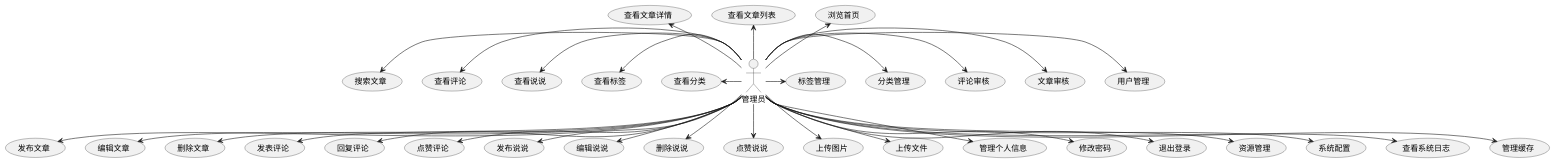
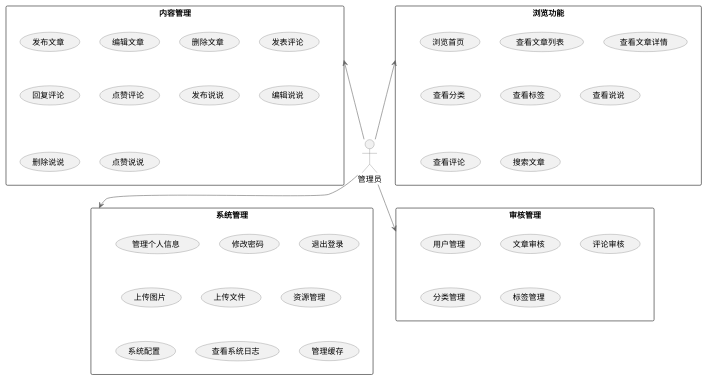
The diagram in admin_usecase.puml (yello-rush/-springvue-), drawn with PlantUML before and after one commit. The commit also changed 2 other files, not shown here.

```diff
--- a/admin_usecase.puml
+++ b/admin_usecase.puml
@@ -1,90 +1,72 @@
 @startuml
 
 ' 管理员功能用例图
 
 skinparam backgroundColor white
 skinparam handwritten false
 skinparam shadowing false
 skinparam packageStyle rectangle
+skinparam arrowColor #666666
+skinparam usecaseBorderColor #666666
+skinparam actorBorderColor #666666
 
 ' 角色居中
 actor "管理员" as Admin
 
-' 功能模块围绕四周 - 上方
-usecase "浏览首页" as BrowseHome
-usecase "查看文章列表" as ViewArticleList
-usecase "查看文章详情" as ViewArticleDetail
+' 功能模块围绕四周 - 使用包组织相关功能
 
-' 功能模块围绕四周 - 左侧
-usecase "查看分类" as ViewCategories
-usecase "查看标签" as ViewTags
-usecase "查看说说" as ViewMoments
-usecase "查看评论" as ViewComments
-usecase "搜索文章" as SearchArticles
+' 上方：浏览功能
+package "浏览功能" {
+    usecase "浏览首页" as BrowseHome
+    usecase "查看文章列表" as ViewArticleList
+    usecase "查看文章详情" as ViewArticleDetail
+    usecase "查看分类" as ViewCategories
+    usecase "查看标签" as ViewTags
+    usecase "查看说说" as ViewMoments
+    usecase "查看评论" as ViewComments
+    usecase "搜索文章" as SearchArticles
+}
 
-' 功能模块围绕四周 - 右侧
-usecase "用户管理" as UserManagement
-usecase "文章审核" as ArticleApproval
-usecase "评论审核" as CommentApproval
-usecase "分类管理" as CategoryManagement
-usecase "标签管理" as TagManagement
+' 左侧：内容管理
+package "内容管理" {
+    usecase "发布文章" as PublishArticle
+    usecase "编辑文章" as EditArticle
+    usecase "删除文章" as DeleteArticle
+    usecase "发表评论" as PostComment
+    usecase "回复评论" as ReplyComment
+    usecase "点赞评论" as LikeComment
+    usecase "发布说说" as PublishMoment
+    usecase "编辑说说" as EditMoment
+    usecase "删除说说" as DeleteMoment
+    usecase "点赞说说" as LikeMoment
+}
 
-' 功能模块围绕四周 - 下方
-usecase "发布文章" as PublishArticle
-usecase "编辑文章" as EditArticle
-usecase "删除文章" as DeleteArticle
-usecase "发表评论" as PostComment
-usecase "回复评论" as ReplyComment
-usecase "点赞评论" as LikeComment
-usecase "发布说说" as PublishMoment
-usecase "编辑说说" as EditMoment
-usecase "删除说说" as DeleteMoment
-usecase "点赞说说" as LikeMoment
-usecase "上传图片" as UploadImage
-usecase "上传文件" as UploadFile
-usecase "管理个人信息" as ManageProfile
-usecase "修改密码" as ChangePassword
-usecase "退出登录" as Logout
-usecase "资源管理" as ResourceManagement
-usecase "系统配置" as SystemConfig
-usecase "查看系统日志" as ViewSystemLogs
-usecase "管理缓存" as ManageCache
+' 右侧：审核管理
+package "审核管理" {
+    usecase "用户管理" as UserManagement
+    usecase "文章审核" as ArticleApproval
+    usecase "评论审核" as CommentApproval
+    usecase "分类管理" as CategoryManagement
+    usecase "标签管理" as TagManagement
+}
 
-' 连接角色与用例，使用方向箭头控制位置
-Admin -up-> BrowseHome
-Admin -up-> ViewArticleList
-Admin -up-> ViewArticleDetail
+' 下方：系统管理
+package "系统管理" {
+    usecase "管理个人信息" as ManageProfile
+    usecase "修改密码" as ChangePassword
+    usecase "退出登录" as Logout
+    usecase "上传图片" as UploadImage
+    usecase "上传文件" as UploadFile
+    usecase "资源管理" as ResourceManagement
+    usecase "系统配置" as SystemConfig
+    usecase "查看系统日志" as ViewSystemLogs
+    usecase "管理缓存" as ManageCache
+}
 
-Admin -left-> ViewCategories
-Admin -left-> ViewTags
-Admin -left-> ViewMoments
-Admin -left-> ViewComments
-Admin -left-> SearchArticles
-
-Admin -right-> UserManagement
-Admin -right-> ArticleApproval
-Admin -right-> CommentApproval
-Admin -right-> CategoryManagement
-Admin -right-> TagManagement
-
-Admin -down-> PublishArticle
-Admin -down-> EditArticle
-Admin -down-> DeleteArticle
-Admin -down-> PostComment
-Admin -down-> ReplyComment
-Admin -down-> LikeComment
-Admin -down-> PublishMoment
-Admin -down-> EditMoment
-Admin -down-> DeleteMoment
-Admin -down-> LikeMoment
-Admin -down-> UploadImage
-Admin -down-> UploadFile
-Admin -down-> ManageProfile
-Admin -down-> ChangePassword
-Admin -down-> Logout
-Admin -down-> ResourceManagement
-Admin -down-> SystemConfig
-Admin -down-> ViewSystemLogs
-Admin -down-> ManageCache
+' 连接角色与包，使用方向箭头控制位置
+Admin -up-> "浏览功能"
+Admin -left-> "内容管理"
+Admin -right-> "审核管理"
+Admin -down-> "系统管理"
 
 @enduml
```
